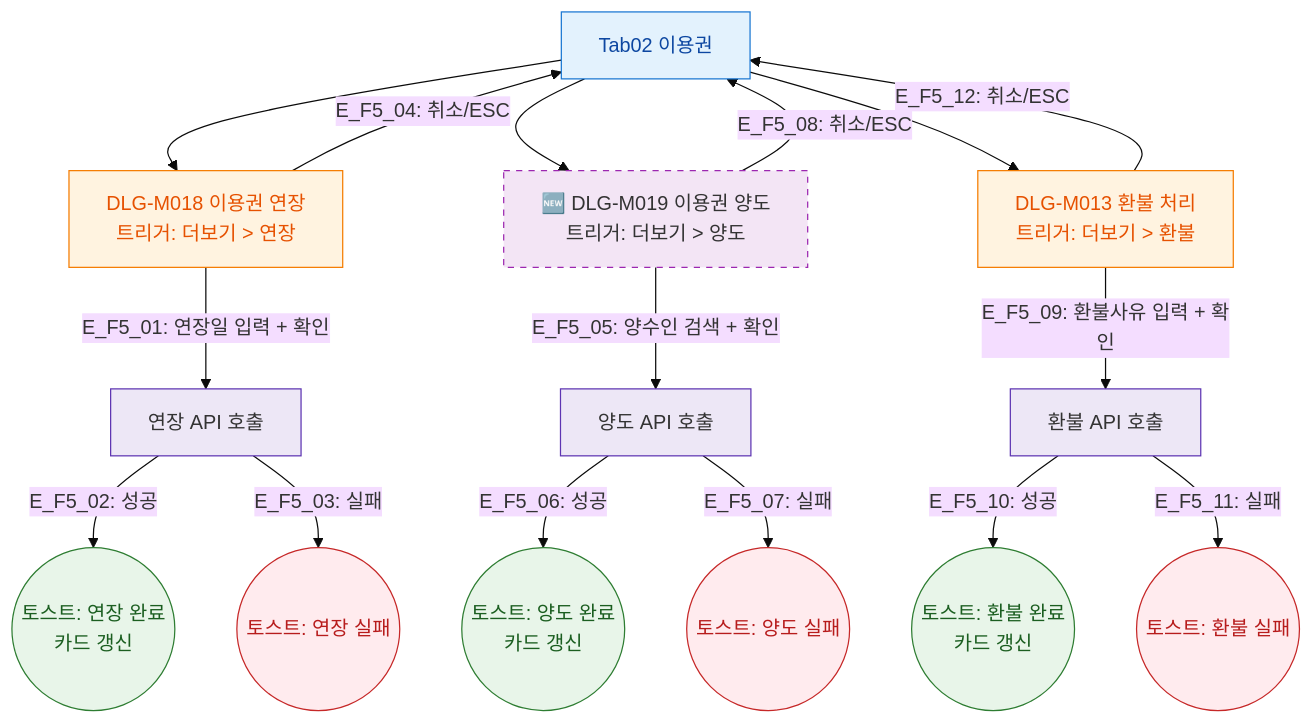
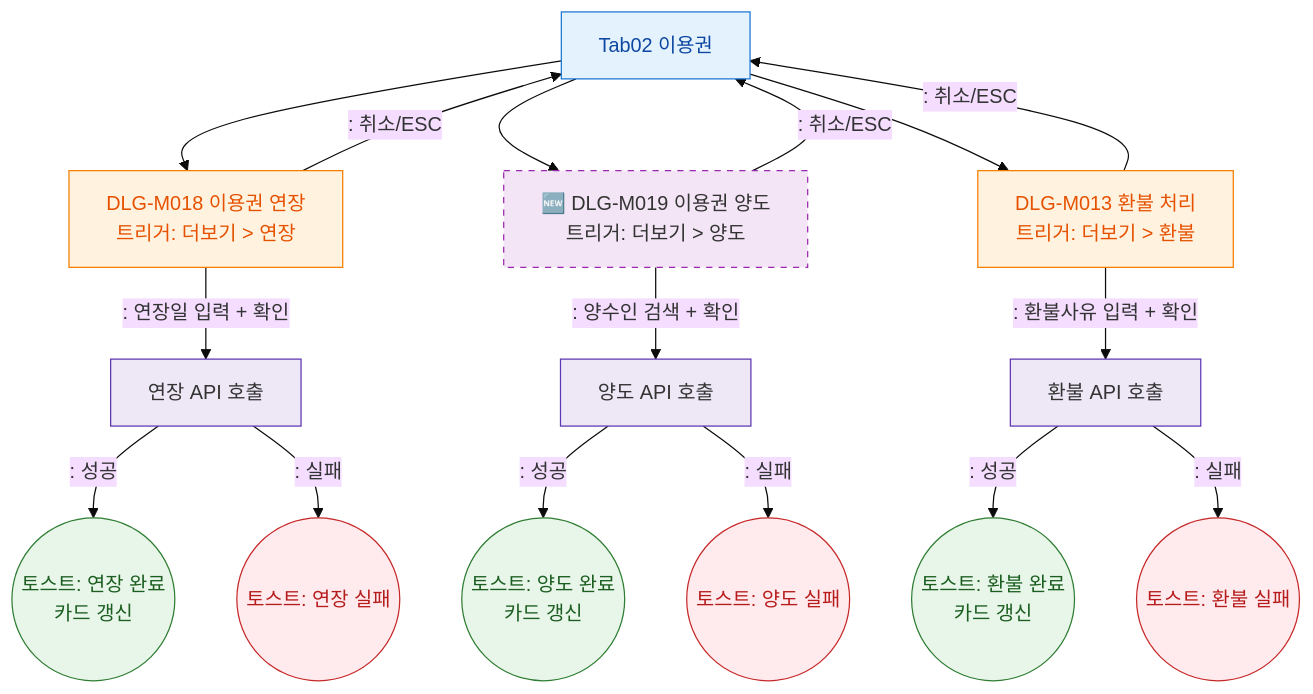
Before and after one commit to dev-spogym/admin-pando: the diagram in docs/다이어그램/D02_회원관리/SCR-M004_회원상세/Tab02_이용권/F5_모달트리거.md, drawn with Mermaid (base theme). The commit also changed other lines of this file and 1660 other files, not shown here.

First line of the commit message:
다이어그램: 기획자/클라이언트 납품본으로 정리

````diff
--- a/docs/다이어그램/D02_회원관리/SCR-M004_회원상세/Tab02_이용권/F5_모달트리거.md
+++ b/docs/다이어그램/D02_회원관리/SCR-M004_회원상세/Tab02_이용권/F5_모달트리거.md
@@ -22,37 +20,37 @@
 ```mermaid
 flowchart TD
   TAB[Tab02 이용권] --> DLG_M018
   TAB --> DLG_M019
   TAB --> DLG_M013
 
   DLG_M018[DLG-M018 이용권 연장\n트리거: 더보기 > 연장]
-  DLG_M018 -->|"E_F5_01: 연장일 입력 + 확인"| EXT_API[연장 API 호출]
-  EXT_API -->|"E_F5_02: 성공"| EXT_OK((토스트: 연장 완료\n카드 갱신))
-  EXT_API -->|"E_F5_03: 실패"| EXT_ERR((토스트: 연장 실패))
-  DLG_M018 -->|"E_F5_04: 취소/ESC"| TAB
+  DLG_M018 -->|": 연장일 입력 + 확인"|EXT_API[연장 API 호출]
+  EXT_API -->|": 성공"|EXT_OK((토스트: 연장 완료\n카드 갱신))
+  EXT_API -->|": 실패"|EXT_ERR((토스트: 연장 실패))
+  DLG_M018 -->|": 취소/ESC"|TAB
 
   DLG_M019[🆕 DLG-M019 이용권 양도\n트리거: 더보기 > 양도]
-  DLG_M019 -->|"E_F5_05: 양수인 검색 + 확인"| TF_API[양도 API 호출]
-  TF_API -->|"E_F5_06: 성공"| TF_OK((토스트: 양도 완료\n카드 갱신))
-  TF_API -->|"E_F5_07: 실패"| TF_ERR((토스트: 양도 실패))
-  DLG_M019 -->|"E_F5_08: 취소/ESC"| TAB
+  DLG_M019 -->|": 양수인 검색 + 확인"|TF_API[양도 API 호출]
+  TF_API -->|": 성공"|TF_OK((토스트: 양도 완료\n카드 갱신))
+  TF_API -->|": 실패"|TF_ERR((토스트: 양도 실패))
+  DLG_M019 -->|": 취소/ESC"|TAB
 
   DLG_M013[DLG-M013 환불 처리\n트리거: 더보기 > 환불]
-  DLG_M013 -->|"E_F5_09: 환불사유 입력 + 확인"| REF_API[환불 API 호출]
-  REF_API -->|"E_F5_10: 성공"| REF_OK((토스트: 환불 완료\n카드 갱신))
-  REF_API -->|"E_F5_11: 실패"| REF_ERR((토스트: 환불 실패))
-  DLG_M013 -->|"E_F5_12: 취소/ESC"| TAB
+  DLG_M013 -->|": 환불사유 입력 + 확인"|REF_API[환불 API 호출]
+  REF_API -->|": 성공"|REF_OK((토스트: 환불 완료\n카드 갱신))
+  REF_API -->|": 실패"|REF_ERR((토스트: 환불 실패))
+  DLG_M013 -->|": 취소/ESC"|TAB
 
   classDef screen fill:#E3F2FD,stroke:#1976D2,color:#0D47A1
   classDef modal fill:#FFF3E0,stroke:#F57C00,color:#E65100
   classDef newFeature fill:#F3E5F5,stroke:#9C27B0,stroke-dasharray:5 5
   classDef success fill:#E8F5E9,stroke:#2E7D32,color:#1B5E20
   classDef error fill:#FFEBEE,stroke:#C62828,color:#B71C1C
   classDef system fill:#EDE7F6,stroke:#5E35B2
   class TAB screen
   class DLG_M018,DLG_M013 modal
   class DLG_M019 newFeature
   class EXT_OK,TF_OK,REF_OK success
   class EXT_ERR,TF_ERR,REF_ERR error
   class EXT_API,TF_API,REF_API system
 ```
````
